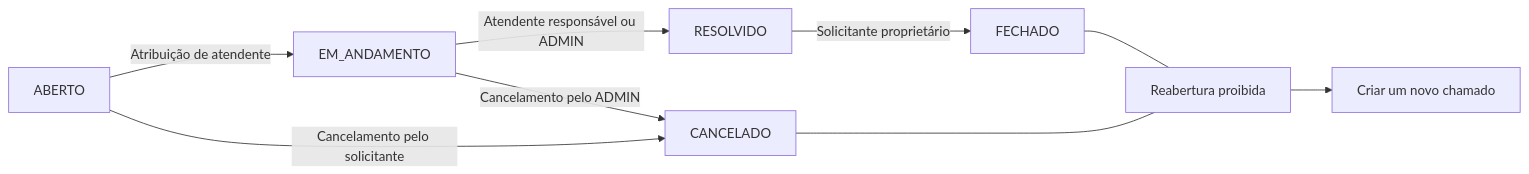
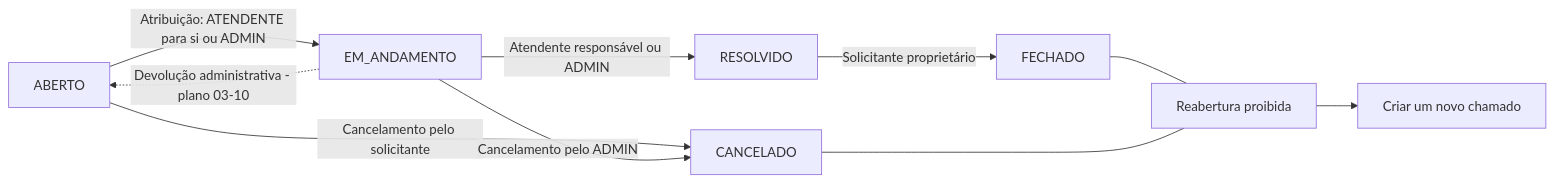
Before and after one commit to Morais-Felipe/SolveIT: the diagram in README.md, drawn with Mermaid. The commit also changed other lines of this file, not shown here.

````diff
--- a/README.md
+++ b/README.md
@@ -110,11 +121,12 @@
 ```mermaid
 flowchart LR
-    A[ABERTO] -->|Atribuição de atendente| E[EM_ANDAMENTO]
+    A[ABERTO] -->|Atribuição: ATENDENTE para si ou ADMIN| E[EM_ANDAMENTO]
     E -->|Atendente responsável ou ADMIN| R[RESOLVIDO]
     R -->|Solicitante proprietário| F[FECHADO]
     A -->|Cancelamento pelo solicitante| C[CANCELADO]
     E -->|Cancelamento pelo ADMIN| C
+    E -.->|Devolução administrativa - plano 03-10| A
     F --- X[Reabertura proibida]
     C --- X
     X --> N[Criar um novo chamado]
 ```
````
